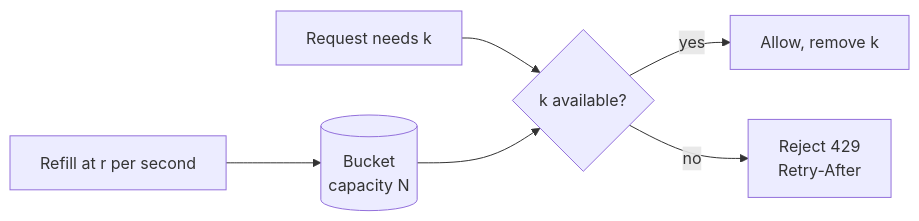
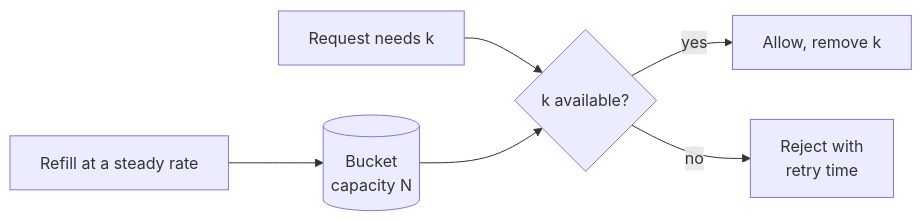
One commit to jsonggan/getgapless-docs changed the diagram in content/docs/backend/rate-limits.mdx. Above: the diagram before and after it, drawn with Mermaid. The commit also changed other lines of this file and 9 other files, not shown here.

````diff
--- a/content/docs/backend/rate-limits.mdx
+++ b/content/docs/backend/rate-limits.mdx
@@ -28,8 +37,8 @@
 ```mermaid
 flowchart LR
-  R[Refill at r per second] --> B[(Bucket<br/>capacity N)]
+  R[Refill at a steady rate] --> B[(Bucket<br/>capacity N)]
   Q[Request needs k] --> C{k available?}
   B --> C
   C -->|yes| A[Allow, remove k]
-  C -->|no| D[Reject 429<br/>Retry-After]
+  C -->|no| D[Reject with<br/>retry time]
 ```
````
